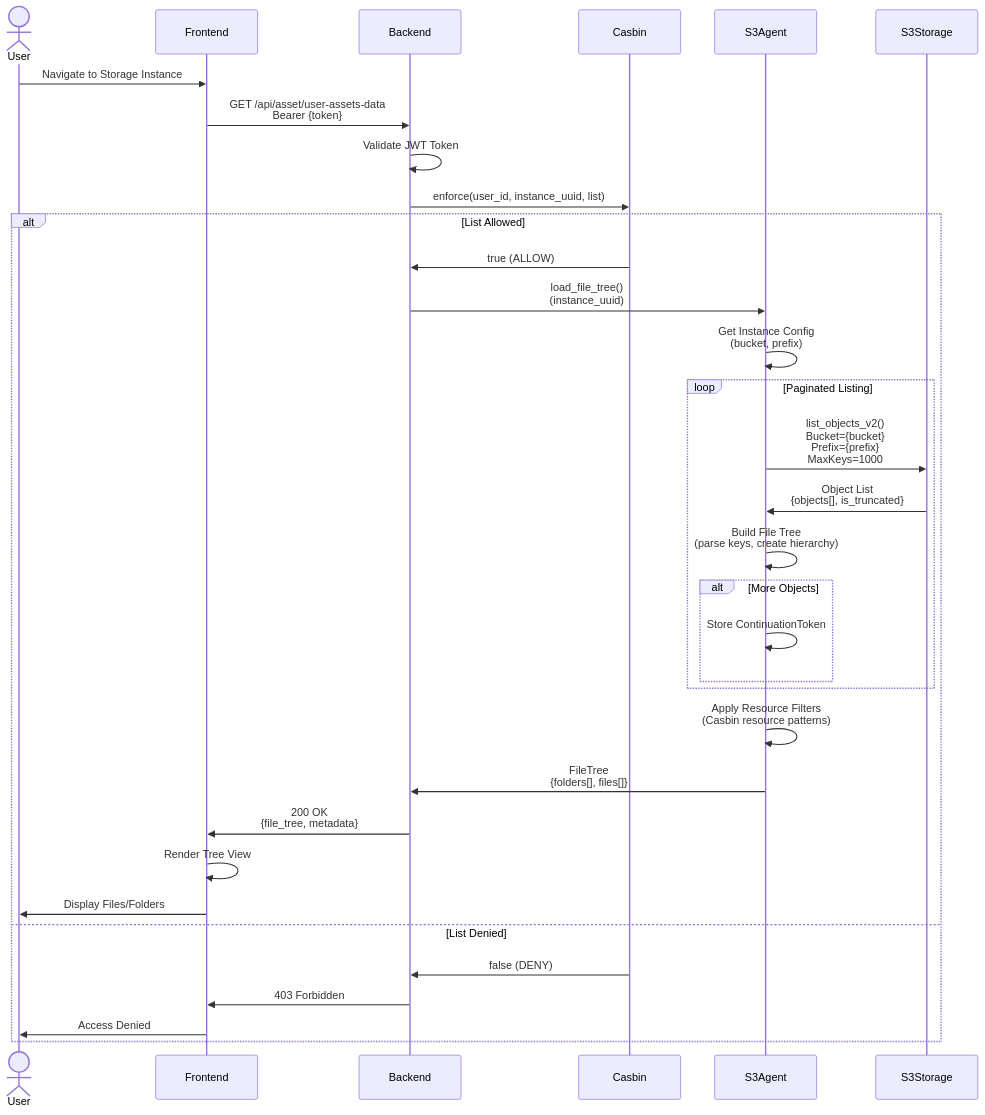
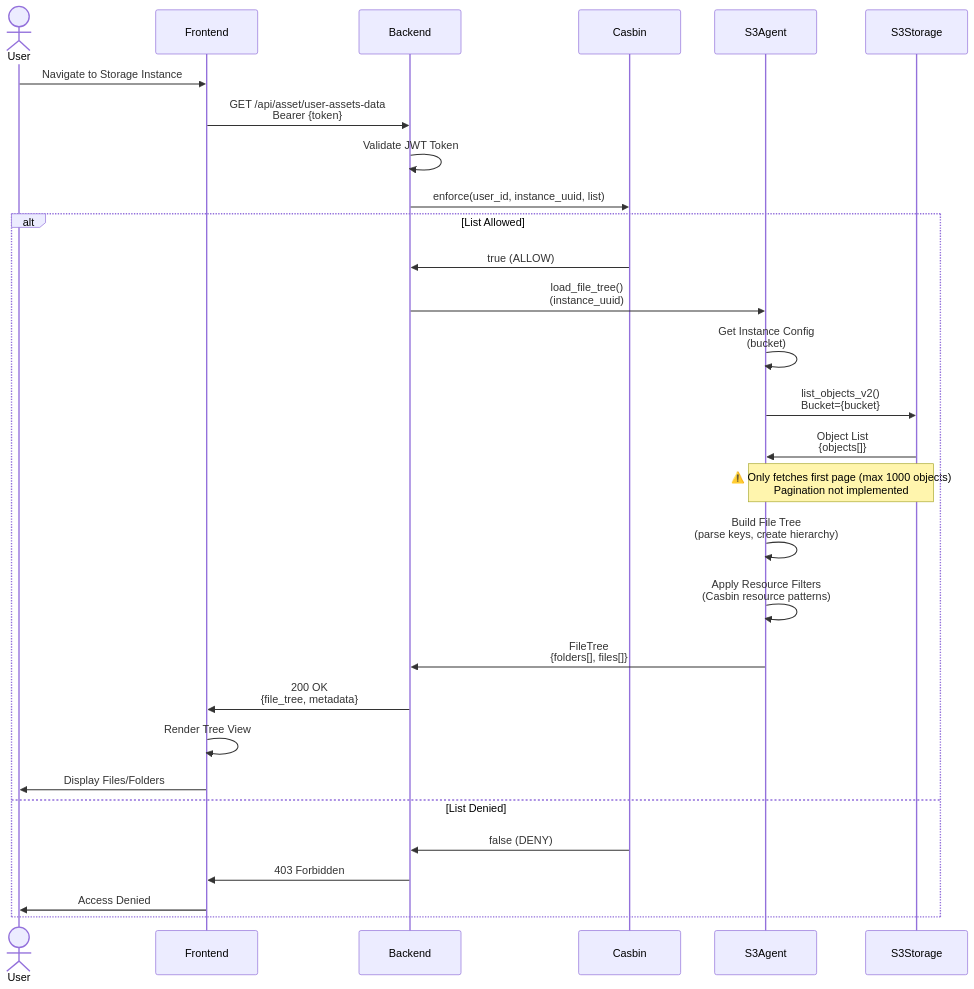
Before and after one commit to INN-SFU/Data-Portal: the third of 6 diagrams in docs/diagrams/sequence-storage-access.md, drawn with Mermaid. The commit also changed other lines of this file and 2 other files, not shown here.

Commit message:
docs: diagram updates

````diff
--- a/docs/diagrams/sequence-storage-access.md
+++ b/docs/diagrams/sequence-storage-access.md
@@ -122,49 +122,44 @@
 ```mermaid
 sequenceDiagram
     actor User
     participant Frontend
     participant Backend
     participant Casbin
     participant S3Agent
     participant S3Storage
 
     User->>Frontend: Navigate to Storage Instance
     Frontend->>Backend: GET /api/asset/user-assets-data<br/>Bearer {token}
 
     Backend->>Backend: Validate JWT Token
     Backend->>Casbin: enforce(user_id, instance_uuid, list)
 
     alt List Allowed
         Casbin->>Backend: true (ALLOW)
 
         Backend->>S3Agent: load_file_tree()<br/>(instance_uuid)
 
-        S3Agent->>S3Agent: Get Instance Config<br/>(bucket, prefix)
+        S3Agent->>S3Agent: Get Instance Config<br/>(bucket)
 
-        loop Paginated Listing
-            S3Agent->>S3Storage: list_objects_v2()<br/>Bucket={bucket}<br/>Prefix={prefix}<br/>MaxKeys=1000
+        S3Agent->>S3Storage: list_objects_v2()<br/>Bucket={bucket}
 
-            S3Storage->>S3Agent: Object List<br/>{objects[], is_truncated}
+        S3Storage->>S3Agent: Object List<br/>{objects[]}
+        Note over S3Agent,S3Storage: ⚠️ Only fetches first page (max 1000 objects)<br/>Pagination not implemented
 
-            S3Agent->>S3Agent: Build File Tree<br/>(parse keys, create hierarchy)
-
-            alt More Objects
-                S3Agent->>S3Agent: Store ContinuationToken
-            end
-        end
+        S3Agent->>S3Agent: Build File Tree<br/>(parse keys, create hierarchy)
 
         S3Agent->>S3Agent: Apply Resource Filters<br/>(Casbin resource patterns)
 
         S3Agent->>Backend: FileTree<br/>{folders[], files[]}
 
         Backend->>Frontend: 200 OK<br/>{file_tree, metadata}
 
         Frontend->>Frontend: Render Tree View
         Frontend->>User: Display Files/Folders
 
     else List Denied
         Casbin->>Backend: false (DENY)
         Backend->>Frontend: 403 Forbidden
         Frontend->>User: Access Denied
     end
 ```
````
